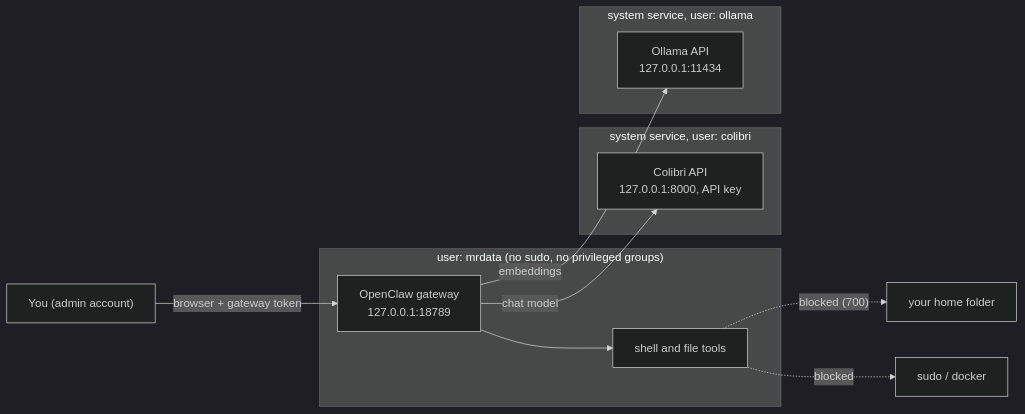
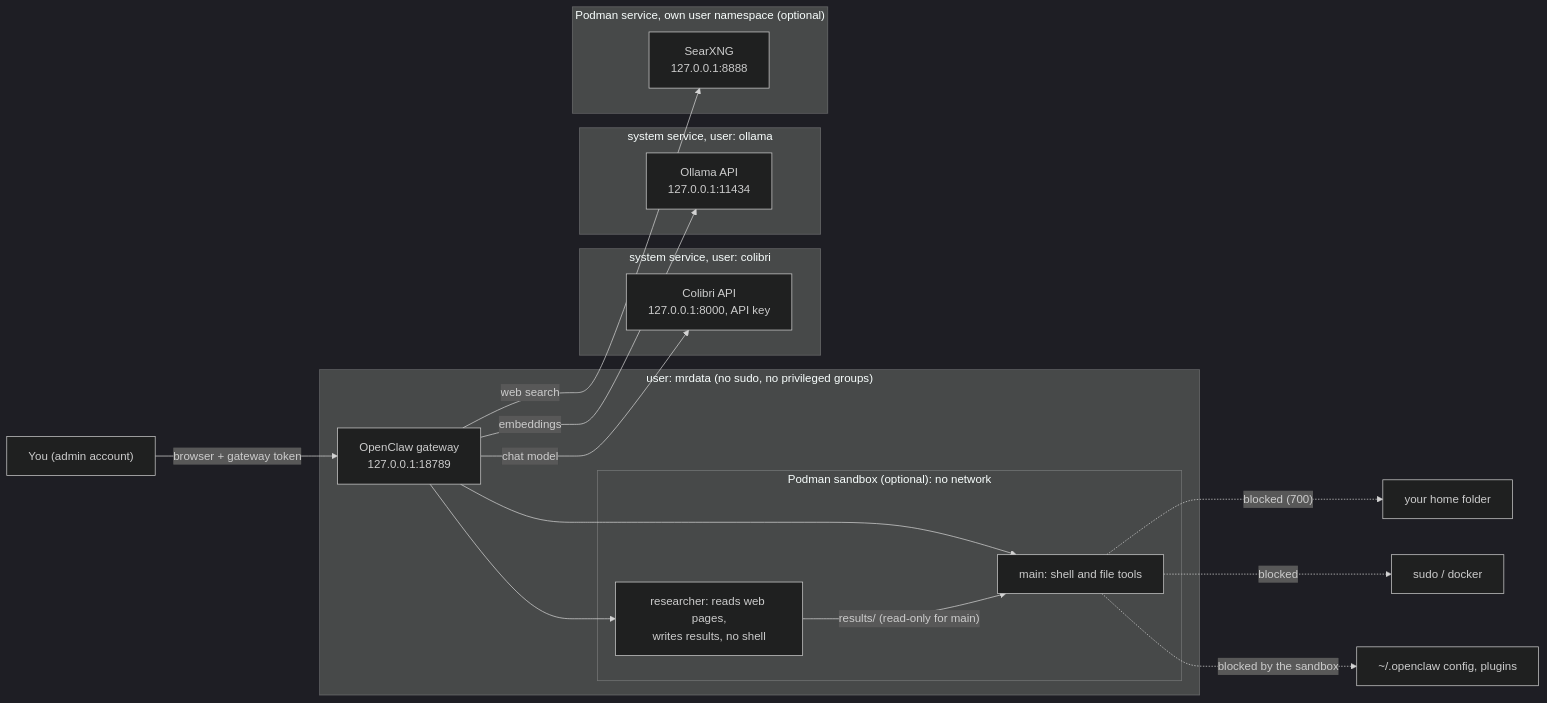
One commit to macromeer/safe-local-agent changed the diagram in README.md. Above: the diagram before and after it, drawn with Mermaid (dark theme). The commit also changed other lines of this file, not shown here.

Commit message:
README: security settings, SearXNG, sandbox and the two agents

````diff
--- a/README.md
+++ b/README.md
@@ -19,21 +19,34 @@
 ```mermaid
 flowchart LR
     you["You (admin account)"] -- "browser + gateway token" --> gw
 
     subgraph agent["user: mrdata (no sudo, no privileged groups)"]
-        gw["OpenClaw gateway<br/>127.0.0.1:18789"] --> tools["shell and file tools"]
+        gw["OpenClaw gateway<br/>127.0.0.1:18789"]
+        subgraph sbx["Podman sandbox (optional): no network"]
+            tools["main: shell and file tools"]
+            researcher["researcher: reads web pages,<br/>writes results, no shell"]
+        end
+        gw --> tools
+        gw --> researcher
+        researcher -- "results/ (read-only for main)" --> tools
     end
 
     subgraph colibri["system service, user: colibri"]
         coli["Colibri API<br/>127.0.0.1:8000, API key"]
     end
 
     subgraph ollama["system service, user: ollama"]
         oll["Ollama API<br/>127.0.0.1:11434"]
     end
 
+    subgraph searx["Podman service, own user namespace (optional)"]
+        sx["SearXNG<br/>127.0.0.1:8888"]
+    end
+
     gw -- "chat model" --> coli
     gw -- "embeddings" --> oll
+    gw -- "web search" --> sx
     tools -. "blocked (700)" .-> home["your home folder"]
     tools -. "blocked" .-> sudo["sudo / docker"]
+    tools -. "blocked by the sandbox" .-> cfg["~/.openclaw config, plugins"]
 ```
````
